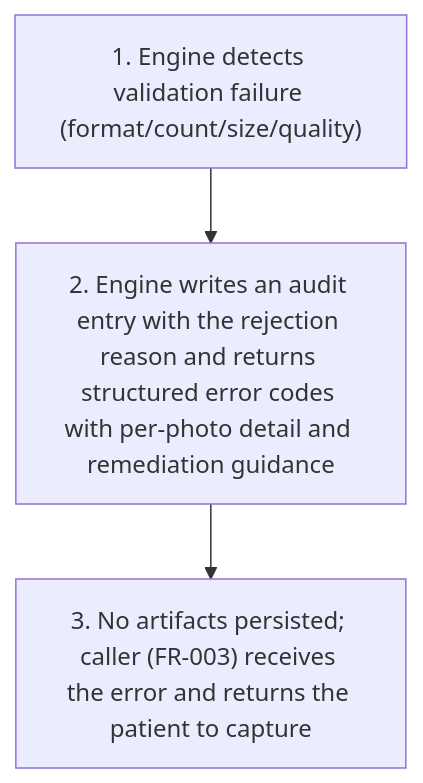
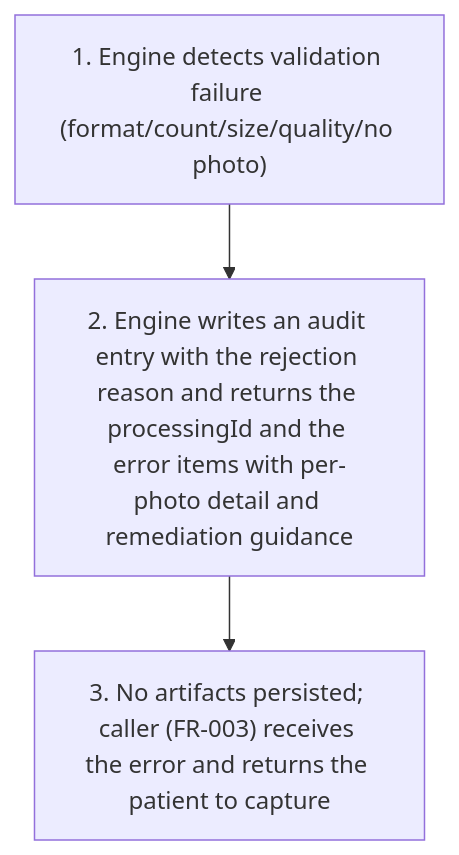
Before and after one commit to joachimtrungtuan/hairline-pm-docs: the second of 8 diagrams in project-requirements/functional-requirements/fr002-medical-history/prd.md, drawn with Mermaid. The commit also changed other lines of this file and 6 other files, not shown here.

Commit message:
docs(fr002): apply logic review pass 2 fixes to PRD and graph

````diff
--- a/project-requirements/functional-requirements/fr002-medical-history/prd.md
+++ b/project-requirements/functional-requirements/fr002-medical-history/prd.md
@@ -104,5 +104,5 @@
 ```mermaid
 flowchart TD
-  A1S1["1. Engine detects validation failure (format/count/size/quality)"] --> A1S2["2. Engine writes an audit entry with the rejection reason and returns structured error codes with per-photo detail and remediation guidance"]
+  A1S1["1. Engine detects validation failure (format/count/size/quality/no photo)"] --> A1S2["2. Engine writes an audit entry with the rejection reason and returns the processingId and the error items with per-photo detail and remediation guidance"]
   A1S2 --> A1S3["3. No artifacts persisted; caller (FR-003) receives the error and returns the patient to capture"]
 ```
````
